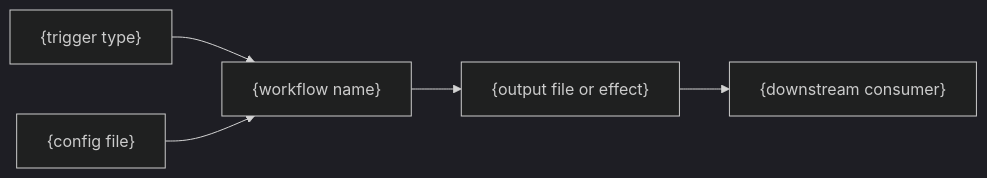
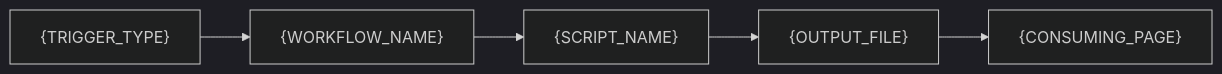
The diagram in .github/workspace/actions-library/action-template.mdx (its-DeFine/docs), drawn with Mermaid (dark theme) before and after one commit. The commit also changed other lines of this file and 480 other files, not shown here.

````diff
--- a/.github/workspace/actions-library/action-template.mdx
+++ b/.github/workspace/actions-library/action-template.mdx
@@ -63,7 +79,7 @@
 ```mermaid
 graph LR
-    TRIGGER["{trigger type}"] --> WORKFLOW["{workflow name}"]
-    CONFIG["{config file}"] --> WORKFLOW
-    WORKFLOW --> OUTPUT["{output file or effect}"]
-    OUTPUT --> CONSUMER["{downstream consumer}"]
+    TRIGGER["{TRIGGER_TYPE}"] --> WF["{WORKFLOW_NAME}"]
+    WF --> SCRIPT["{SCRIPT_NAME}"]
+    SCRIPT --> OUTPUT["{OUTPUT_FILE}"]
+    OUTPUT --> CONSUMER["{CONSUMING_PAGE}"]
 ```
````
